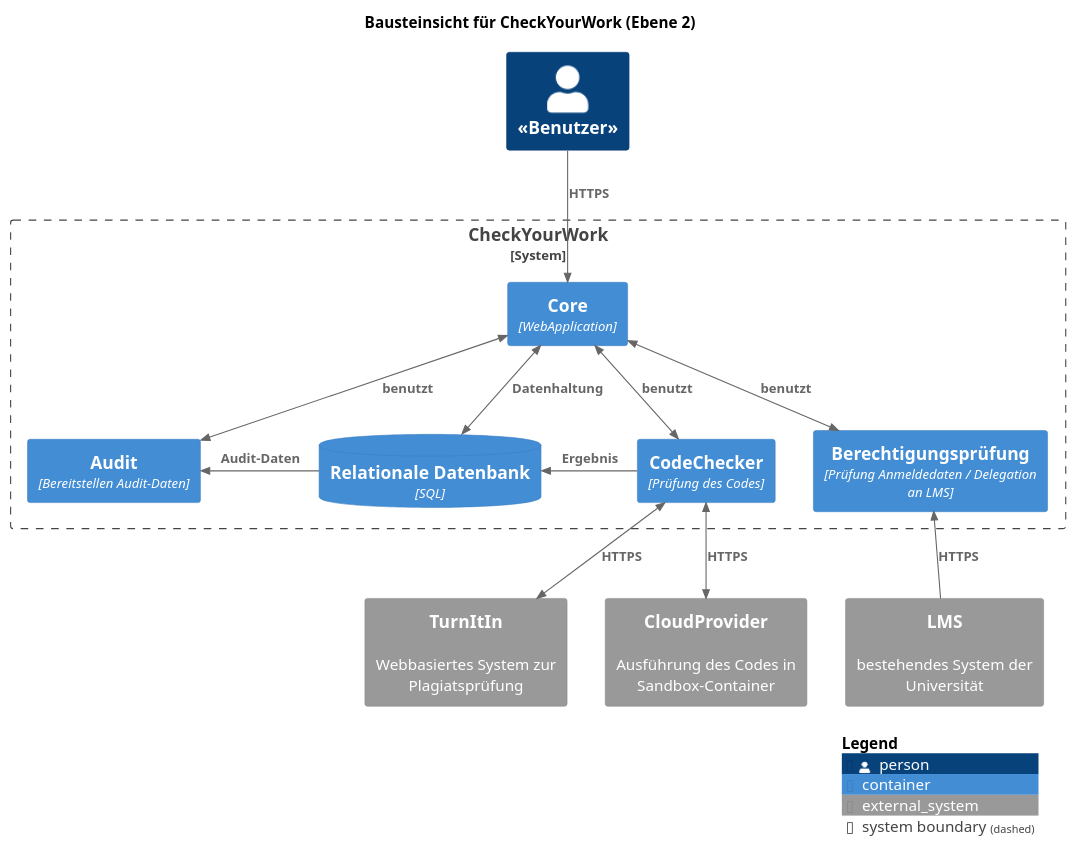
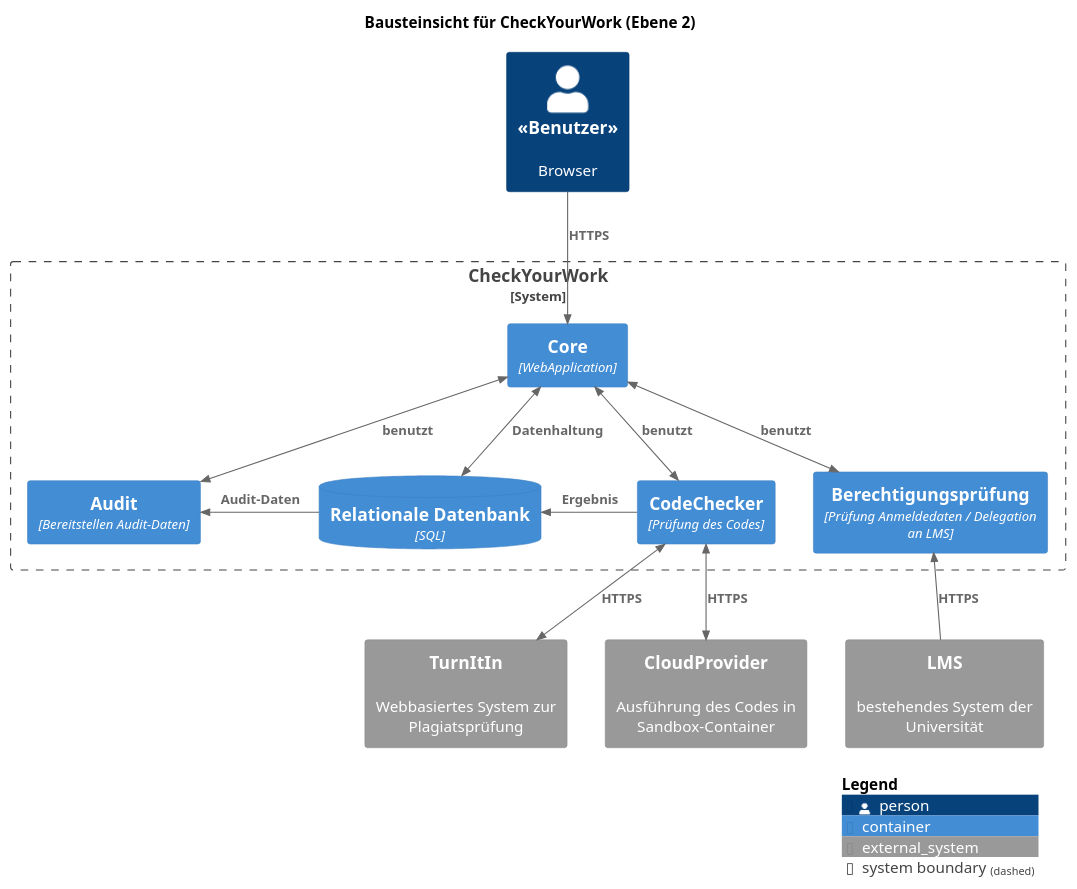
The second of 3 diagrams in chapter/05_building_block_view.adoc (marckoch/check-your-work), drawn with PlantUML before and after one commit. The commit also changed other lines of this file and 7 other files, not shown here.

```diff
--- a/chapter/05_building_block_view.adoc
+++ b/chapter/05_building_block_view.adoc
@@ -43,39 +39,39 @@
 [plantuml, target=Bausteinsicht-C4-Ebene2, format=png]
 ....
 @startuml
 !include <C4/C4_Context.puml>
 !include <C4/C4_Container.puml>
 
 title Bausteinsicht für CheckYourWork (Ebene 2)
 
-Person(user, <<Benutzer>>)
+Person(user, <<Benutzer>>, Browser)
 
 System_Boundary(Remote, "CheckYourWork") {
     Container(Core, "Core", "WebApplication")
     Container(Auth, "Berechtigungsprüfung", Prüfung Anmeldedaten / Delegation an LMS)
     Container(Audit, "Audit", Bereitstellen Audit-Daten)
     Container(cc, "CodeChecker", Prüfung des Codes)
     ContainerDb(DB, "Relationale Datenbank", "SQL")
 }
 
 System_Ext(LMS, "LMS", "bestehendes System der Universität")
 System_Ext(TurnItIn, "TurnItIn", "Webbasiertes System zur Plagiatsprüfung")
 System_Ext(CloudProvider, "CloudProvider", "Ausführung des Codes in Sandbox-Container")
 
 Rel_D(user, Core, HTTPS)
 
 BiRel_D(Core, Auth, benutzt)
 BiRel_D(Core, cc, benutzt)
 BiRel_D(Core, Audit, benutzt)
 BiRel_D(Core, DB, Datenhaltung)
 Rel_L(DB, Audit, Audit-Daten)
 Rel_L(cc, DB, Ergebnis)
 
 Rel_U(LMS, Auth, HTTPS)
 BiRel_D(cc, TurnItIn, HTTPS)
 BiRel_D(cc, CloudProvider, HTTPS)
 
 SHOW_LEGEND()
 
 @enduml
 ....
```
